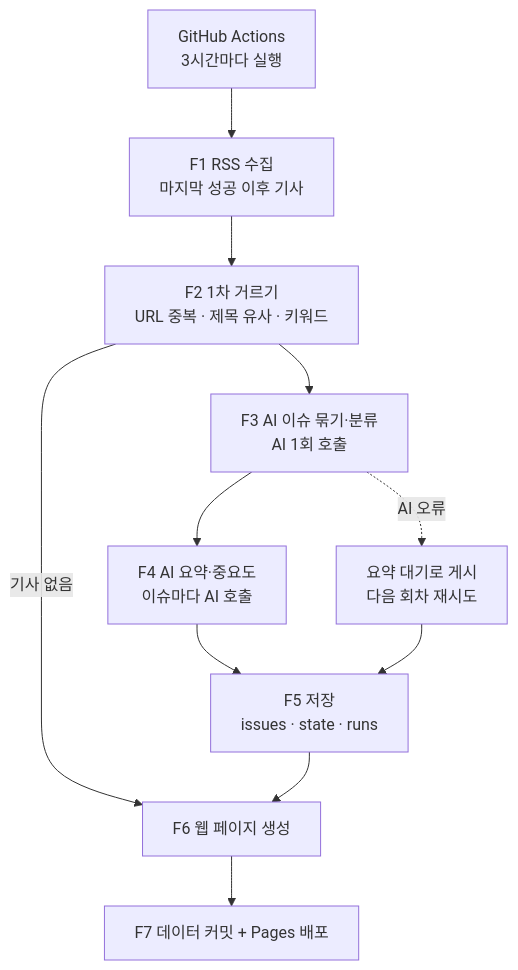
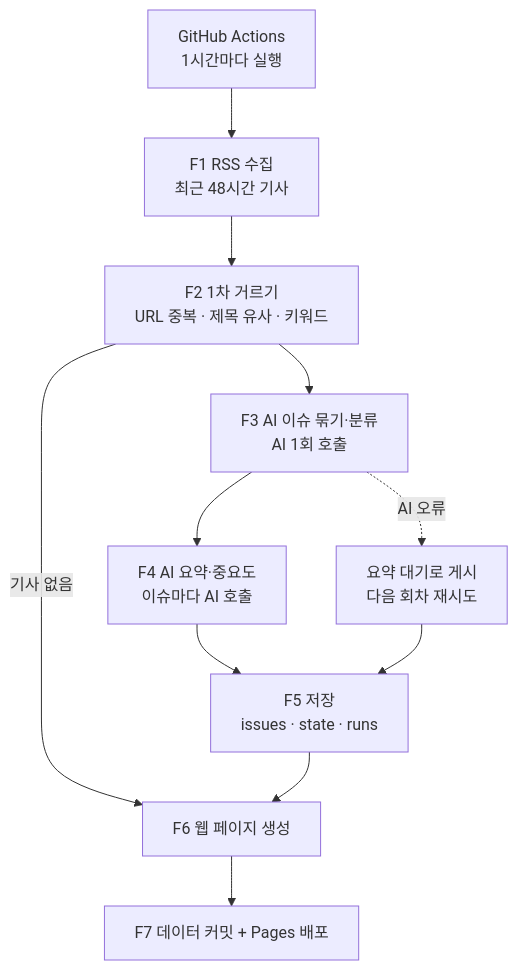
The diagram in docs/design.md (smyz1203/semicon-news-agent), drawn with Mermaid before and after one commit. The commit also changed other lines of this file and 10 other files, not shown here.

````diff
--- a/docs/design.md
+++ b/docs/design.md
@@ -26,13 +26,13 @@
 ```mermaid
 flowchart TD
-    A[GitHub Actions<br/>3시간마다 실행] --> B[F1 RSS 수집<br/>마지막 성공 이후 기사]
+    A[GitHub Actions<br/>1시간마다 실행] --> B[F1 RSS 수집<br/>최근 48시간 기사]
     B --> C[F2 1차 거르기<br/>URL 중복 · 제목 유사 · 키워드]
     C -->|기사 없음| H
     C --> D[F3 AI 이슈 묶기·분류<br/>AI 1회 호출]
     D --> E[F4 AI 요약·중요도<br/>이슈마다 AI 호출]
     E --> F[F5 저장<br/>issues · state · runs]
     D -. AI 오류 .-> G[요약 대기로 게시<br/>다음 회차 재시도]
     G --> F
     F --> H[F6 웹 페이지 생성]
     H --> I[F7 데이터 커밋 + Pages 배포]
 ```
````
